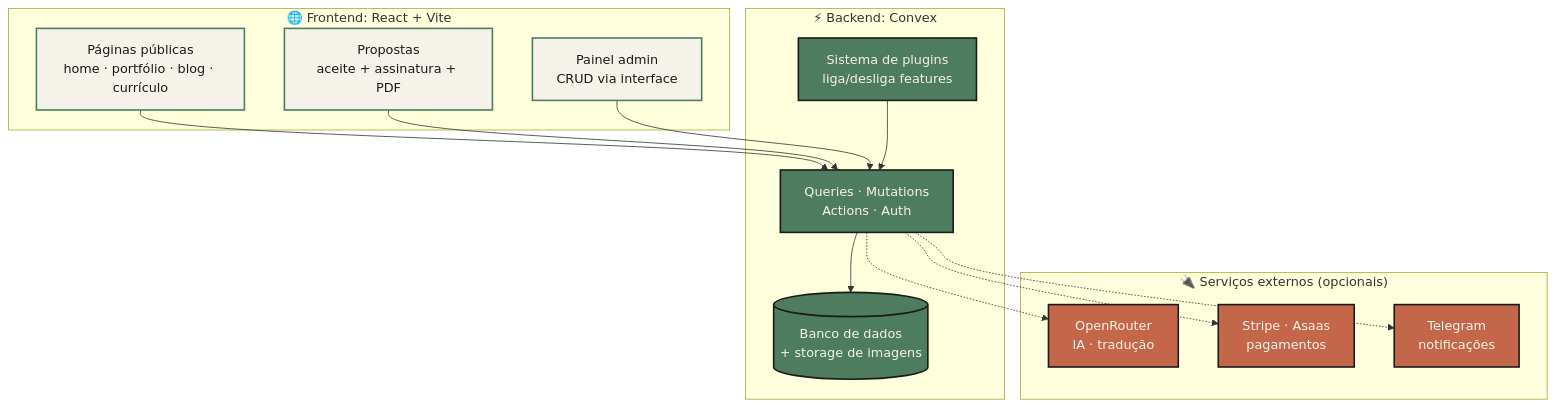
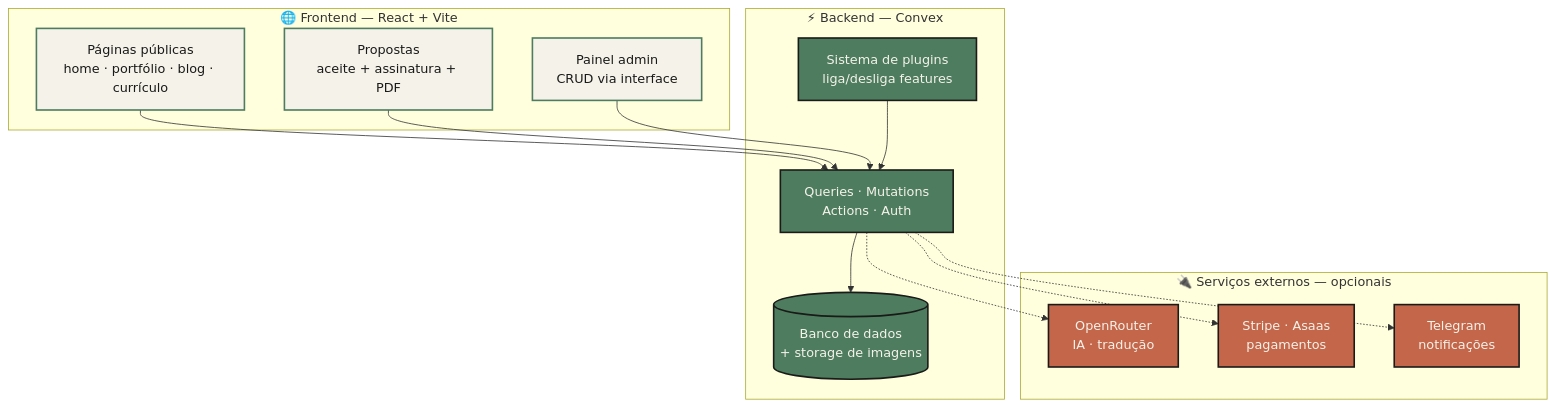
Before and after one commit to MierzwaMatheus/portfolio-new: the first of 3 diagrams in README.md, drawn with Mermaid. The commit also changed other lines of this file and 222 other files, not shown here.

````diff
--- a/README.md
+++ b/README.md
@@ -62,36 +62,36 @@
 ```mermaid
 flowchart TB
-    subgraph cliente["🌐 Frontend: React + Vite"]
+    subgraph cliente["🌐 Frontend — React + Vite"]
         pub["Páginas públicas<br/>home · portfólio · blog · currículo"]
         prop["Propostas<br/>aceite + assinatura + PDF"]
         admin["Painel admin<br/>CRUD via interface"]
     end
 
-    subgraph backend["⚡ Backend: Convex"]
+    subgraph backend["⚡ Backend — Convex"]
         db[("Banco de dados<br/>+ storage de imagens")]
         fn["Queries · Mutations<br/>Actions · Auth"]
         plugins["Sistema de plugins<br/>liga/desliga features"]
     end
 
-    subgraph externos["🔌 Serviços externos (opcionais)"]
+    subgraph externos["🔌 Serviços externos — opcionais"]
         ia["OpenRouter<br/>IA · tradução"]
         pay["Stripe · Asaas<br/>pagamentos"]
         tg["Telegram<br/>notificações"]
     end
 
     pub --> fn
     prop --> fn
     admin --> fn
     fn --> db
     plugins --> fn
     fn -.-> ia
     fn -.-> pay
     fn -.-> tg
 
     classDef front fill:#F5F2EA,stroke:#4D7C5F,stroke-width:2px,color:#1A1A18
     classDef back fill:#4D7C5F,stroke:#1A1A18,stroke-width:2px,color:#F5F2EA
     classDef ext fill:#C4664A,stroke:#1A1A18,stroke-width:2px,color:#F5F2EA
     class pub,prop,admin front
     class db,fn,plugins back
     class ia,pay,tg ext
 ```
````
